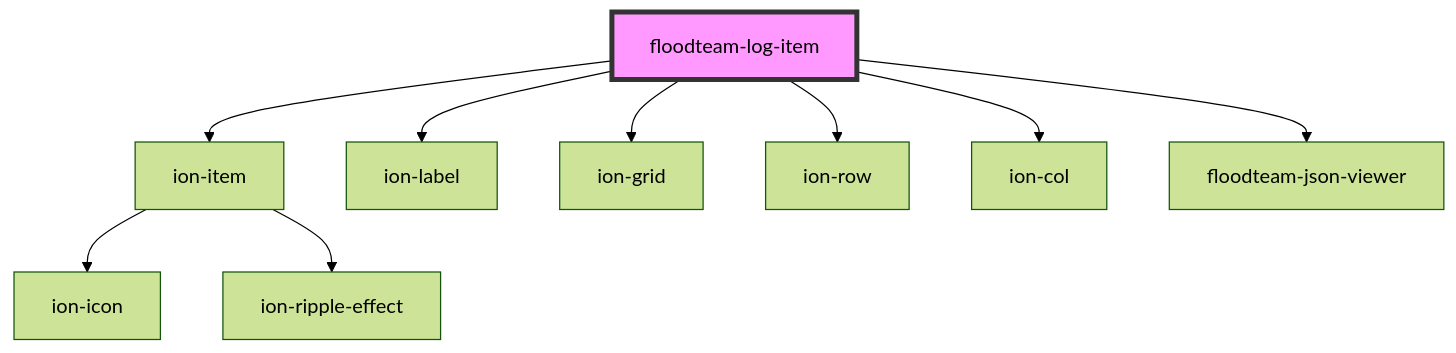
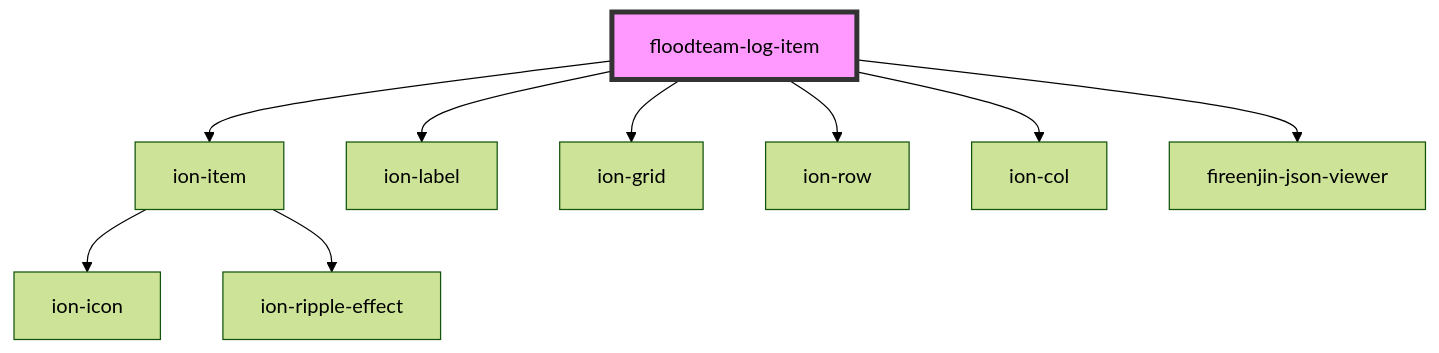
One commit to FloodTeam/components changed the diagram in src/components/log-item/readme.md. Above: the diagram before and after it, drawn with Mermaid (forest theme). The commit also changed other lines of this file, not shown here.

````diff
--- a/src/components/log-item/readme.md
+++ b/src/components/log-item/readme.md
@@ -32,12 +32,12 @@
 ```mermaid
 graph TD;
   floodteam-log-item --> ion-item
   floodteam-log-item --> ion-label
   floodteam-log-item --> ion-grid
   floodteam-log-item --> ion-row
   floodteam-log-item --> ion-col
-  floodteam-log-item --> floodteam-json-viewer
+  floodteam-log-item --> fireenjin-json-viewer
   ion-item --> ion-icon
   ion-item --> ion-ripple-effect
   style floodteam-log-item fill:#f9f,stroke:#333,stroke-width:4px
 ```
````
